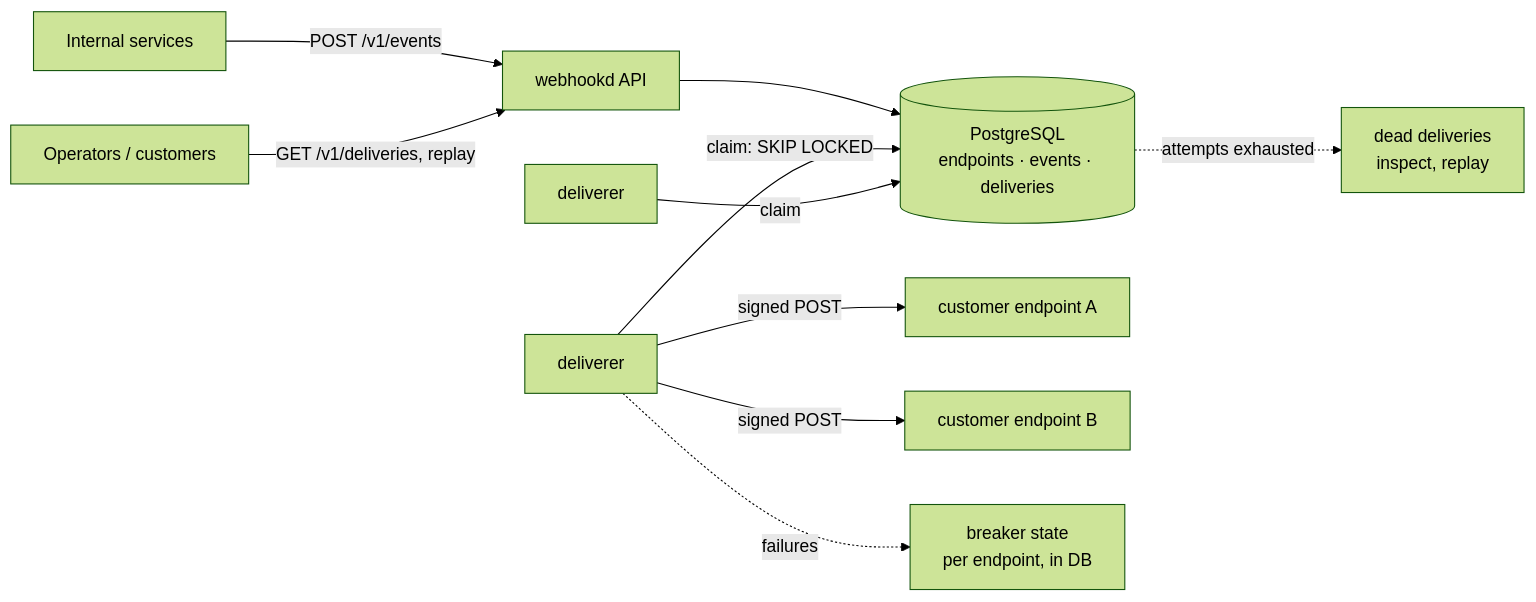
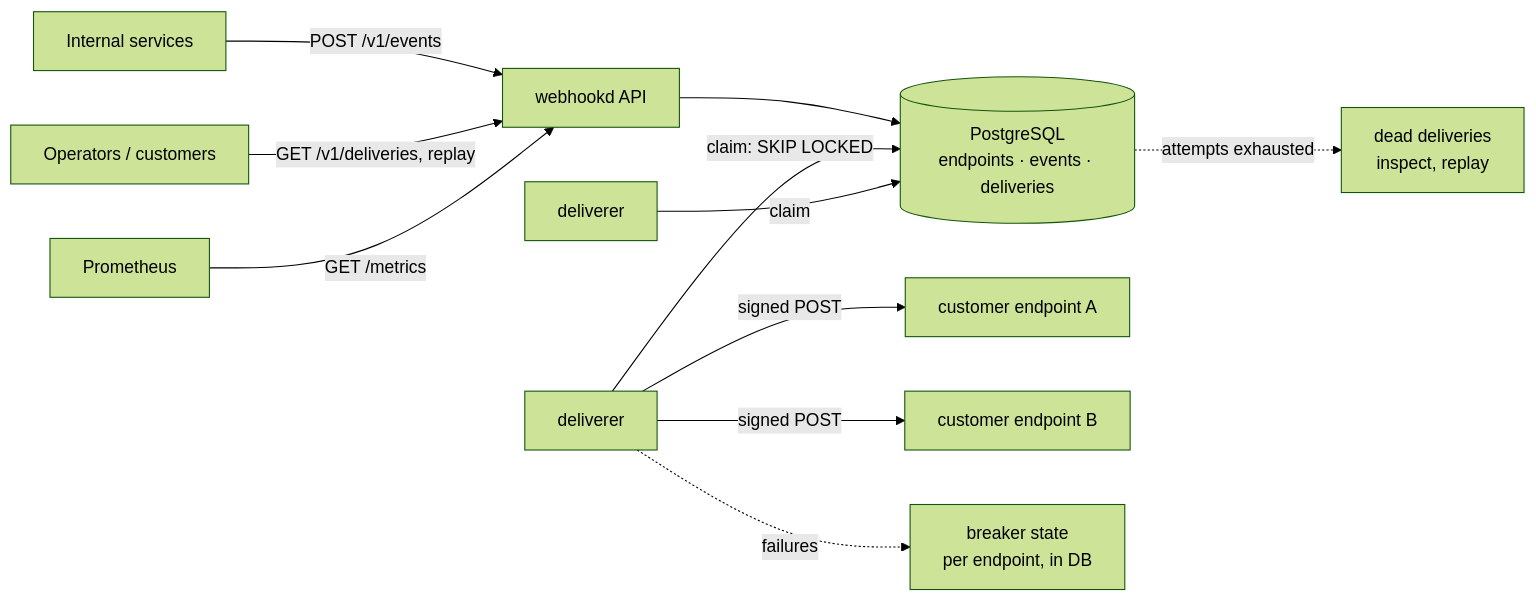
The first of 3 diagrams in README.md (Nguyenngoctruong274/go-webhook-gateway), drawn with Mermaid (forest theme) before and after one commit. The commit also changed other lines of this file and 4 other files, not shown here.

````diff
--- a/README.md
+++ b/README.md
@@ -42,12 +42,13 @@
 ```mermaid
 flowchart LR
     S[Internal services] -->|POST /v1/events| API[webhookd API]
     API --> DB[(PostgreSQL<br/>endpoints · events · deliveries)]
     D1[deliverer] -->|claim: SKIP LOCKED| DB
     D2[deliverer] -->|claim| DB
     D1 -->|signed POST| E1[customer endpoint A]
     D1 -->|signed POST| E2[customer endpoint B]
     D1 -. failures .-> B[breaker state<br/>per endpoint, in DB]
     DB -. attempts exhausted .-> DLQ[dead deliveries<br/>inspect, replay]
     O[Operators / customers] -->|GET /v1/deliveries, replay| API
+    P[Prometheus] -->|GET /metrics| API
 ```
````
